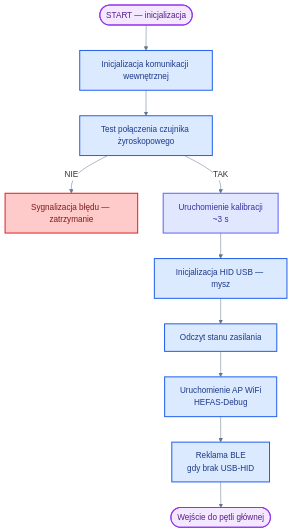
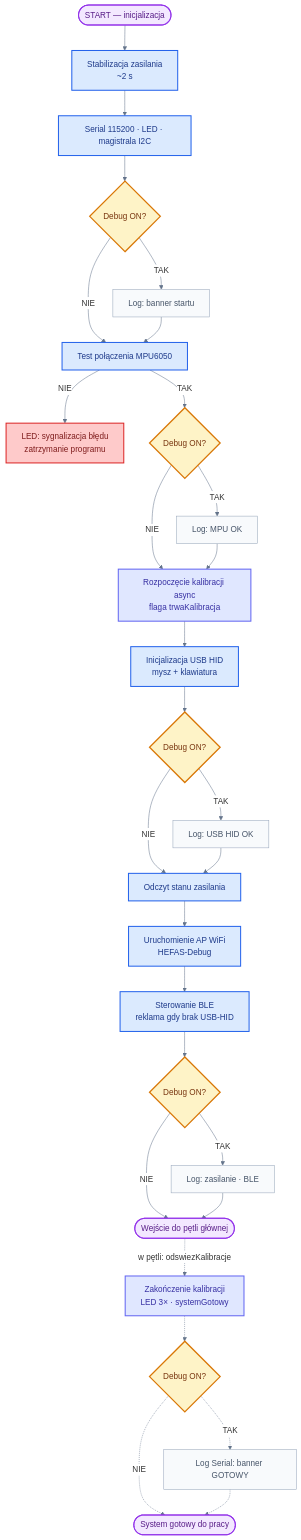
One commit to bartkadres-ai/HEFAS-4.0 changed the second of 10 diagrams in README.md. Above: the diagram before and after it, drawn with Mermaid. The commit also changed other lines of this file, not shown here.

````diff
--- a/README.md
+++ b/README.md
@@ -330,22 +332,45 @@
 ```mermaid
 %%{init: { 'theme': 'default', 'themeVariables': { 'darkMode': false, 'background': '#ffffff', 'mainBkg': '#ffffff', 'primaryColor': '#ffffff', 'secondaryColor': '#ffffff', 'tertiaryColor': '#ffffff', 'primaryTextColor': '#1e293b', 'secondaryTextColor': '#334155', 'lineColor': '#64748b', 'primaryBorderColor': '#94a3b8', 'clusterBkg': '#f1f5f9', 'clusterBorder': '#94a3b8', 'edgeLabelBackground': '#ffffff', 'noteBkgColor': '#f8fafc', 'noteTextColor': '#475569', 'fontFamily': 'arial' }}}%%
 flowchart TD
-    S([START — inicjalizacja]) --> SER[Inicjalizacja komunikacji wewnętrznej]
-    SER --> I2C[Test połączenia czujnika żyroskopowego]
-    I2C -->|NIE| BLINK[Sygnalizacja błędu — zatrzymanie]
-    I2C -->|TAK| KAL0["Uruchomienie kalibracji<br/>~3 s"]
-    KAL0 --> USB[Inicjalizacja HID USB — mysz]
-    USB --> ZAS0[Odczyt stanu zasilania]
+    S([START — inicjalizacja]) --> STAB["Stabilizacja zasilania<br/>~2 s"]
+    STAB --> HW["Serial 115200 · LED · magistrala I2C"]
+    HW --> DBG0{Debug ON?}
+    DBG0 -->|TAK| LOG0["Log: banner startu"]
+    DBG0 -->|NIE| I2C
+    LOG0 --> I2C[Test połączenia MPU6050]
+    I2C -->|NIE| BLINK["LED: sygnalizacja błędu<br/>zatrzymanie programu"]
+    I2C -->|TAK| DBG1{Debug ON?}
+    DBG1 -->|TAK| LOG1["Log: MPU OK"]
+    DBG1 -->|NIE| KAL0
+    LOG1 --> KAL0["Rozpoczęcie kalibracji async<br/>flaga trwaKalibracja"]
+    KAL0 --> USB["Inicjalizacja USB HID<br/>mysz + klawiatura"]
+    USB --> DBG2{Debug ON?}
+    DBG2 -->|TAK| LOG2["Log: USB HID OK"]
+    DBG2 -->|NIE| ZAS0
+    LOG2 --> ZAS0[Odczyt stanu zasilania]
     ZAS0 --> WD["Uruchomienie AP WiFi<br/>HEFAS-Debug"]
-    WD --> BLE0["Reklama BLE<br/>gdy brak USB-HID"]
-    BLE0 --> E([Wejście do pętli głównej])
+    WD --> BLE0["Sterowanie BLE<br/>reklama gdy brak USB-HID"]
+    BLE0 --> DBG3{Debug ON?}
+    DBG3 -->|TAK| LOG3["Log: zasilanie · BLE"]
+    DBG3 -->|NIE| E
+    LOG3 --> E([Wejście do pętli głównej])
+
+    E -.->|"w pętli: odswiezKalibracje"| KEND["Zakończenie kalibracji<br/>LED 3× · systemGotowy"]
+    KEND -.-> DBG4{Debug ON?}
+    DBG4 -.->|TAK| BAN["Log Serial: banner GOTOWY"]
+    DBG4 -.->|NIE| KON
+    BAN -.-> KON([System gotowy do pracy])
 
     classDef startEnd fill:#f3e8ff,stroke:#9333ea,stroke-width:2px,color:#581c87
     classDef process fill:#dbeafe,stroke:#2563eb,stroke-width:2px,color:#1e3a8a
     classDef bad fill:#fecaca,stroke:#dc2626,stroke-width:2px,color:#7f1d1d
     classDef setup fill:#e0e7ff,stroke:#6366f1,stroke-width:2px,color:#3730a3
-    class S,E startEnd
-    class SER,I2C,USB,ZAS0,WD,BLE0 process
-    class KAL0 setup
+    classDef decision fill:#fef3c7,stroke:#d97706,stroke-width:2.5px,color:#78350f
+    classDef optional fill:#f8fafc,stroke:#94a3b8,stroke-width:1px,color:#475569
+    class S,E,KON startEnd
+    class STAB,HW,I2C,USB,ZAS0,WD,BLE0 process
+    class KAL0,KEND setup
     class BLINK bad
+    class DBG0,DBG1,DBG2,DBG3,DBG4 decision
+    class LOG0,LOG1,LOG2,LOG3,BAN optional
 ```
````
